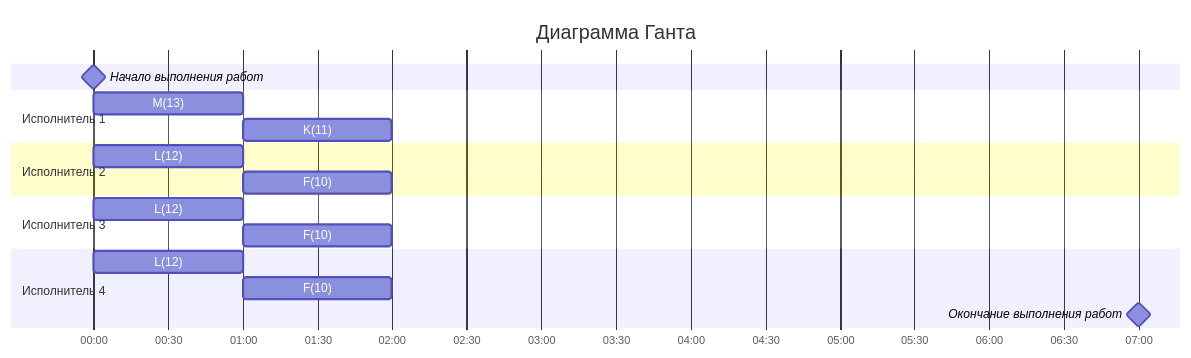
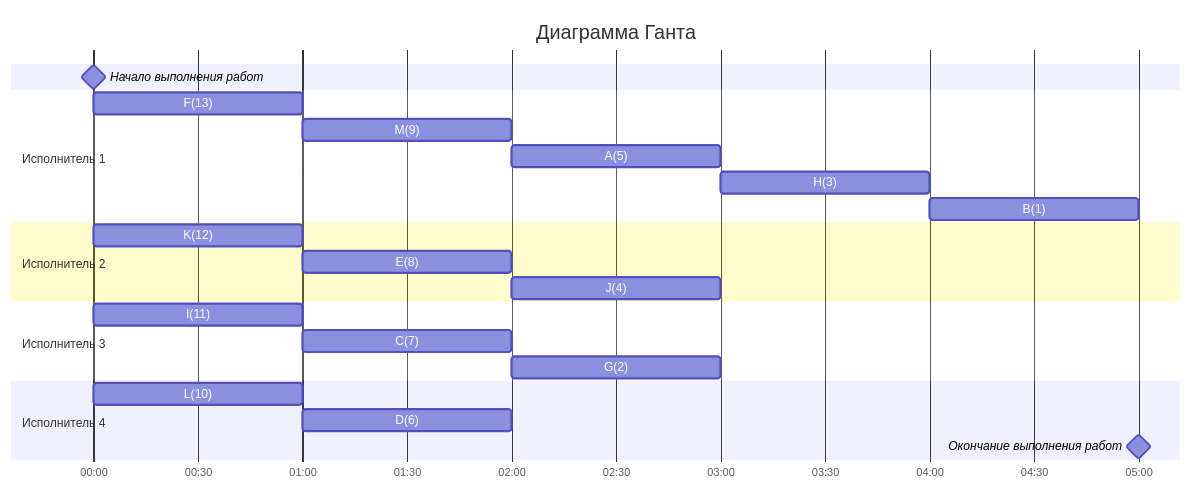
One commit to hse-algo-psapr-25/manual-tasks changed the second of 2 diagrams in Задание 10/CopyPaste.md. Above: the diagram before and after it, drawn with Mermaid. The commit also changed other lines of this file, not shown here.

Commit message:
feat: complete gantt

````diff
--- a/Задание 10/CopyPaste.md
+++ b/Задание 10/CopyPaste.md
@@ -41,25 +41,30 @@
 ```mermaid
 gantt
     
     title Диаграмма Ганта
     dateFormat HH:mm    
     axisFormat %H:%M
     Начало выполнения работ : milestone, m1, 00:00, 0h
     section Исполнитель 1
-    M(13)         :c, 00:00, 1h
-    K(11)         :i, after c, 1h    
+    F(13)         :a, 00:00, 1h
+    M(9)          :e, after a, 1h
+    A(5)          :i, after e, 1h
+    H(3)          :l, after i, 1h
+    B(1)          :m, after l, 1h
 
     section Исполнитель 2
-    L(12)         :d, 00:00, 1h
-    F(10)         :f, after d, 1h
+    K(12)         :b, 00:00, 1h
+    E(8)          :f, after b, 1h
+    J(4)          :j, after f, 1h
 
     section Исполнитель 3
-    L(12)         :d, 00:00, 1h
-    F(10)         :f, after d, 1h
+    I(11)         :c, 00:00, 1h
+    C(7)          :g, after c, 1h
+    G(2)          :k, after g, 1h
 
     section Исполнитель 4
-    L(12)         :d, 00:00, 1h
-    F(10)         :f, after d, 1h
+    L(10)         :d, 00:00, 1h
+    D(6)         :h, after d, 1h
 
-    Окончание выполнения работ : milestone, m2, 07:00, 0h
+    Окончание выполнения работ : milestone, m2, 05:00, 0h
 ```
````
